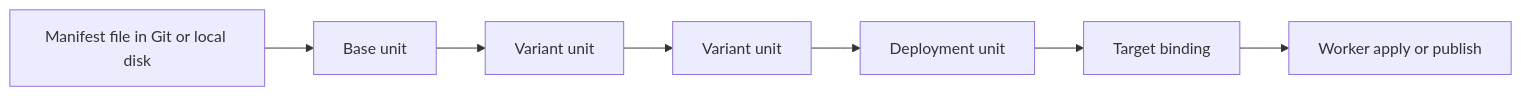
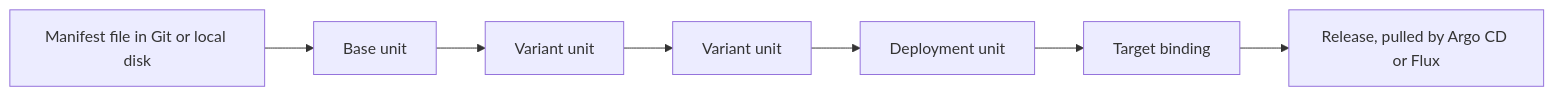
One commit to confighub/examples changed the first of 4 diagrams in global-app-layer/how-it-works.md. Above: the diagram before and after it, drawn with Mermaid. The commit also changed other lines of this file and 152 other files, not shown here.

````diff
--- a/global-app-layer/how-it-works.md
+++ b/global-app-layer/how-it-works.md
@@ -9,9 +9,9 @@
 ```mermaid
 flowchart LR
   File["Manifest file in Git or local disk"] --> Base["Base unit"]
   Base --> Variant1["Variant unit"]
   Variant1 --> Variant2["Variant unit"]
   Variant2 --> Deploy["Deployment unit"]
   Deploy --> Target["Target binding"]
-  Target --> Apply["Worker apply or publish"]
+  Target --> Release["Release, pulled by Argo CD or Flux"]
 ```
````
